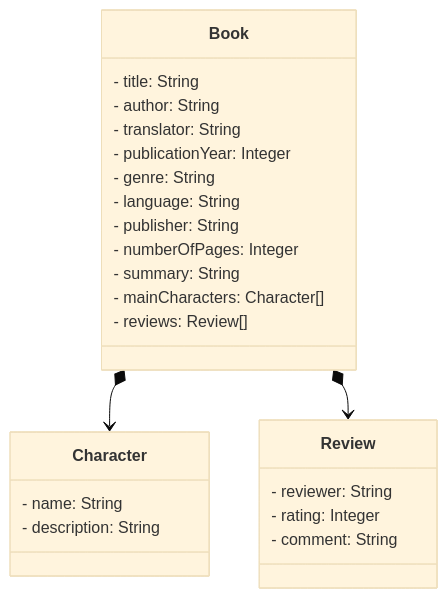
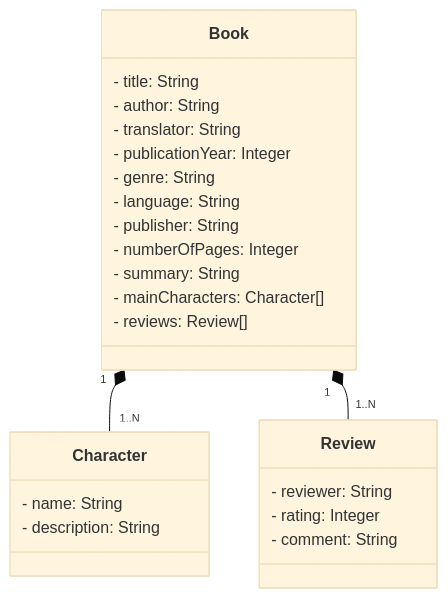
The diagram in README.md (MariaEduardaLeal/API_com_Java), drawn with Mermaid (base theme) before and after one commit.

````diff
--- a/README.md
+++ b/README.md
@@ -5,28 +5,28 @@
 ```mermaid
 classDiagram
     class Book {
         - title: String
         - author: String
         - translator: String
         - publicationYear: Integer
         - genre: String
         - language: String
         - publisher: String
         - numberOfPages: Integer
         - summary: String
         - mainCharacters: Character[]
         - reviews: Review[]
     }
     class Character {
         - name: String
         - description: String
     }
     class Review {
         - reviewer: String
         - rating: Integer
         - comment: String
     }
 
-    Book *--> Character
-    Book *--> Review
+    Book "1" *-- "1..N" Character
+    Book "1" *-- "1..N" Review
 ```
````
